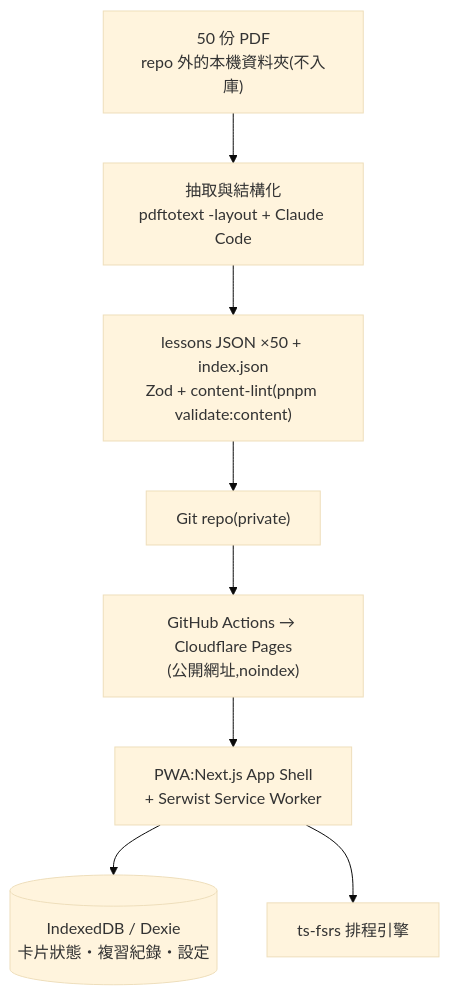
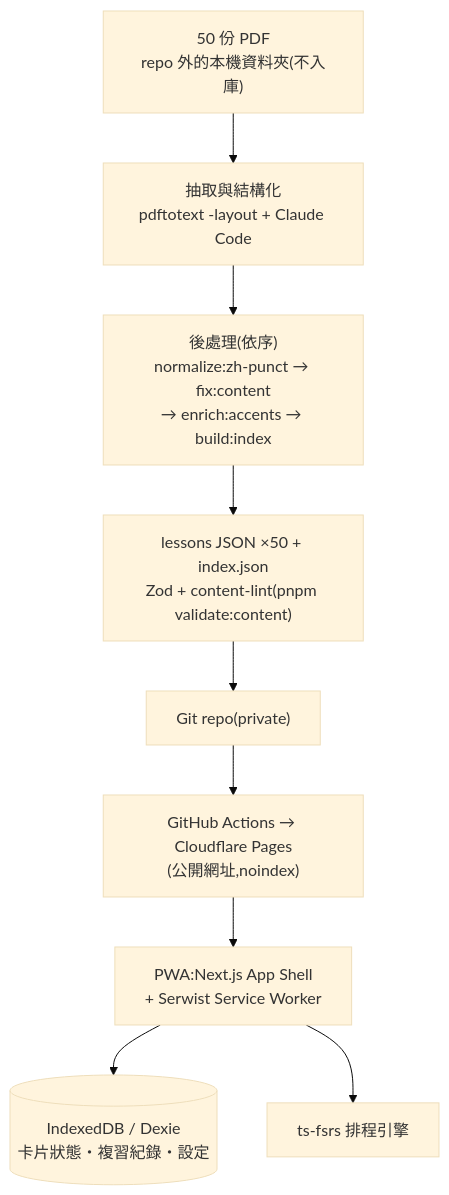
The diagram in docs/ARCHITECTURE.md (sychen6192/minna-pwa), drawn with Mermaid (base theme) before and after one commit. The commit also changed other lines of this file and 5 other files, not shown here.

````diff
--- a/docs/ARCHITECTURE.md
+++ b/docs/ARCHITECTURE.md
@@ -5,10 +5,11 @@
 ```mermaid
 flowchart TD
   A["50 份 PDF<br/>repo 外的本機資料夾(不入庫)"] --> B["抽取與結構化<br/>pdftotext -layout + Claude Code"]
-  B --> C["lessons JSON ×50 + index.json<br/>Zod + content-lint(pnpm validate:content)"]
+  B --> P["後處理(依序)<br/>normalize:zh-punct → fix:content<br/>→ enrich:accents → build:index"]
+  P --> C["lessons JSON ×50 + index.json<br/>Zod + content-lint(pnpm validate:content)"]
   C --> D["Git repo(private)"]
   D --> E["GitHub Actions → Cloudflare Pages<br/>(公開網址,noindex)"]
   E --> F["PWA:Next.js App Shell<br/>+ Serwist Service Worker"]
   F --> G[("IndexedDB / Dexie<br/>卡片狀態・複習紀錄・設定")]
   F --> H["ts-fsrs 排程引擎"]
 ```
````
